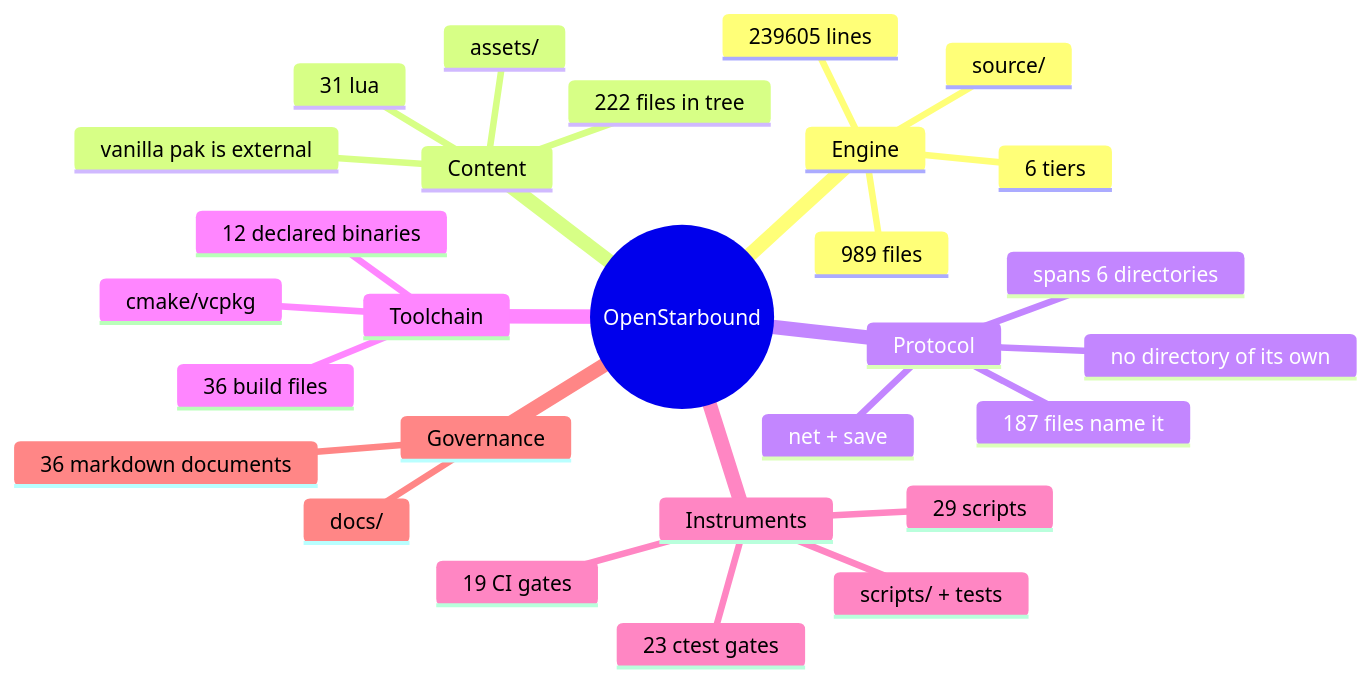
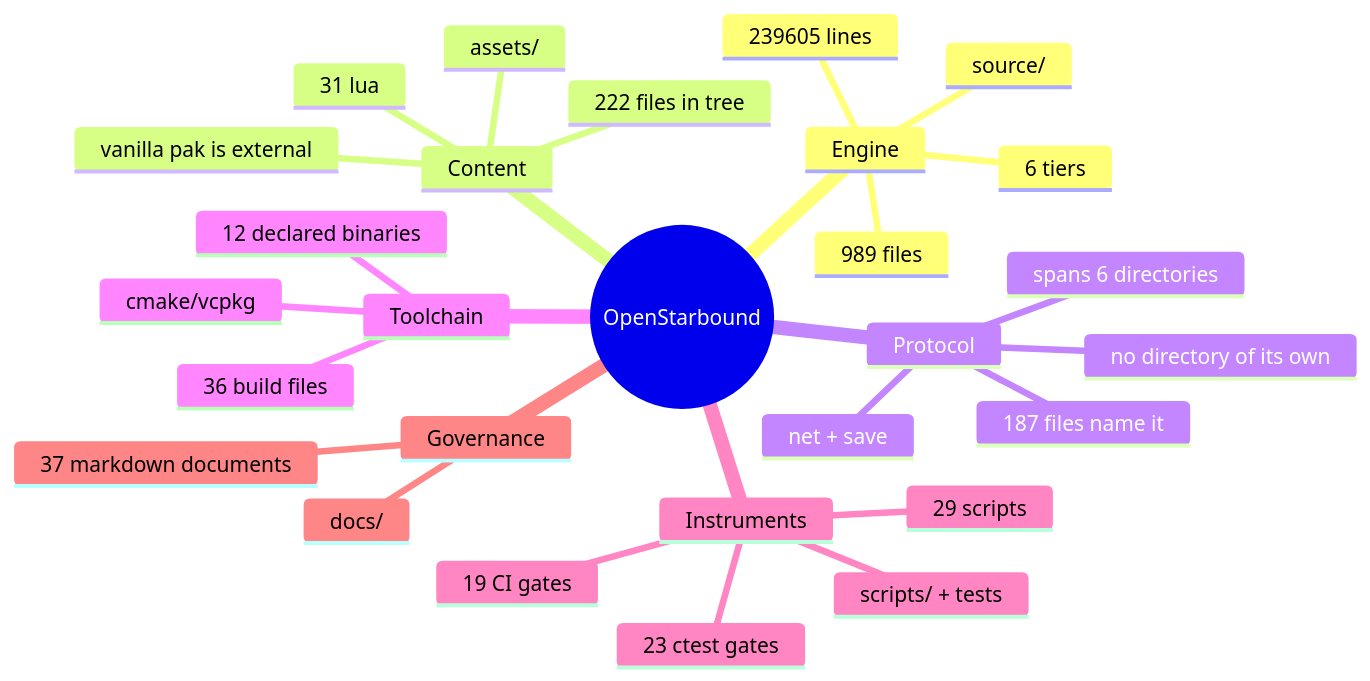
The second of 11 diagrams in docs/architecture/system-boundaries.md (apnex/OpenStarbound), drawn with Mermaid before and after one commit. The commit also changed 1 other file, not shown here.

First paragraph of the commit message:
docs: file the levelling analysis as a WORKLIST, not a findings register
54 findings across Sections 1, 2, 3 and 6, from the read-only analysis workflow
w7d1hgn52 (four analysis agents against the spec at c16a0f07). Filed to
docs/superpowers/drafts/ so the work survives this session.

````diff
--- a/docs/architecture/system-boundaries.md
+++ b/docs/architecture/system-boundaries.md
@@ -166,31 +166,31 @@
 ```mermaid
 mindmap
   root((OpenStarbound))
     Engine
       source/
       989 files
       239605 lines
       6 tiers
     Content
       assets/
       222 files in tree
       31 lua
       vanilla pak is external
     Protocol
       net + save
       187 files name it
       spans 6 directories
       no directory of its own
     Toolchain
       cmake/vcpkg
       36 build files
       12 declared binaries
     Instruments
       scripts/ + tests
       29 scripts
       23 ctest gates
       19 CI gates
     Governance
       docs/
-      36 markdown documents
+      37 markdown documents
 ```
````
